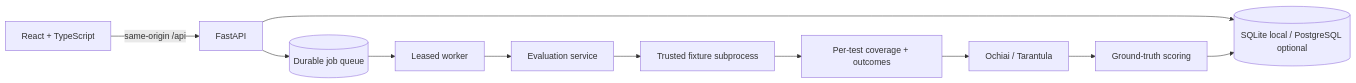
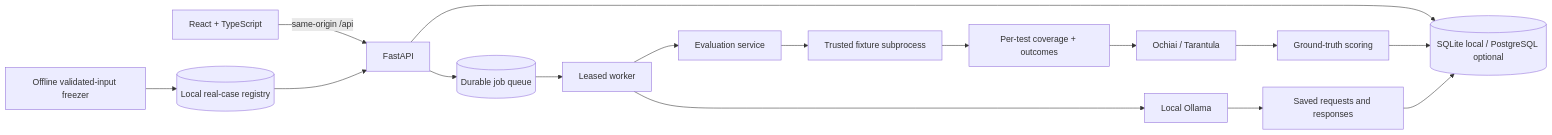
The diagram in docs/architecture.md (srikarvaddela/faultlens), drawn with Mermaid before and after one commit. The commit also changed 21 other files, not shown here.

Commit message:
Run frozen real-case Ollama comparisons with strict file-line scoring

````diff
--- a/docs/architecture.md
+++ b/docs/architecture.md
@@ -3,13 +3,18 @@
 ```mermaid
 flowchart LR
     UI[React + TypeScript] -->|same-origin /api| API[FastAPI]
     API --> DB[(SQLite local / PostgreSQL optional)]
     API --> Queue[(Durable job queue)]
     Queue --> Worker[Leased worker]
     Worker --> Eval[Evaluation service]
     Eval --> Runner[Trusted fixture subprocess]
     Runner --> Evidence[Per-test coverage + outcomes]
     Evidence --> Rank[Ochiai / Tarantula]
     Rank --> Score[Ground-truth scoring]
     Score --> DB
+    Worker --> LocalModel[Local Ollama]
+    LocalModel --> Transcript[Saved requests and responses]
+    Transcript --> DB
+    Freeze[Offline validated-input freezer] --> RealRegistry[(Local real-case registry)]
+    RealRegistry --> API
 ```
````
